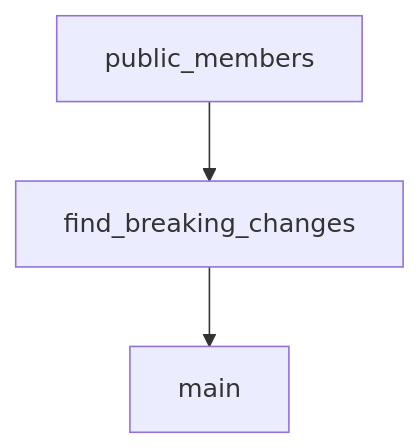
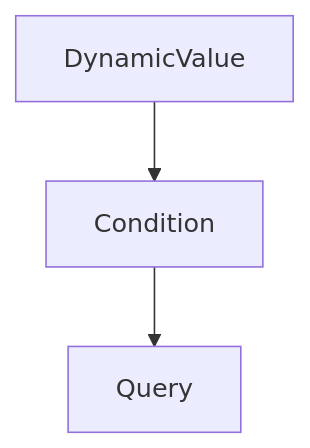
Before and after one commit to johnxie/awesome-code-docs: the diagram in tutorials/openai-python-sdk-tutorial/04-assistants-api.md, drawn with Mermaid. The commit also changed other lines of this file and 1232 other files, not shown here.

````diff
--- a/tutorials/openai-python-sdk-tutorial/04-assistants-api.md
+++ b/tutorials/openai-python-sdk-tutorial/04-assistants-api.md
@@ -194,8 +192,8 @@
 ```mermaid
 flowchart TD
-    A[public_members]
-    B[find_breaking_changes]
-    C[main]
+    A[DynamicValue]
+    B[Condition]
+    C[Query]
     A --> B
     B --> C
 ```
````
